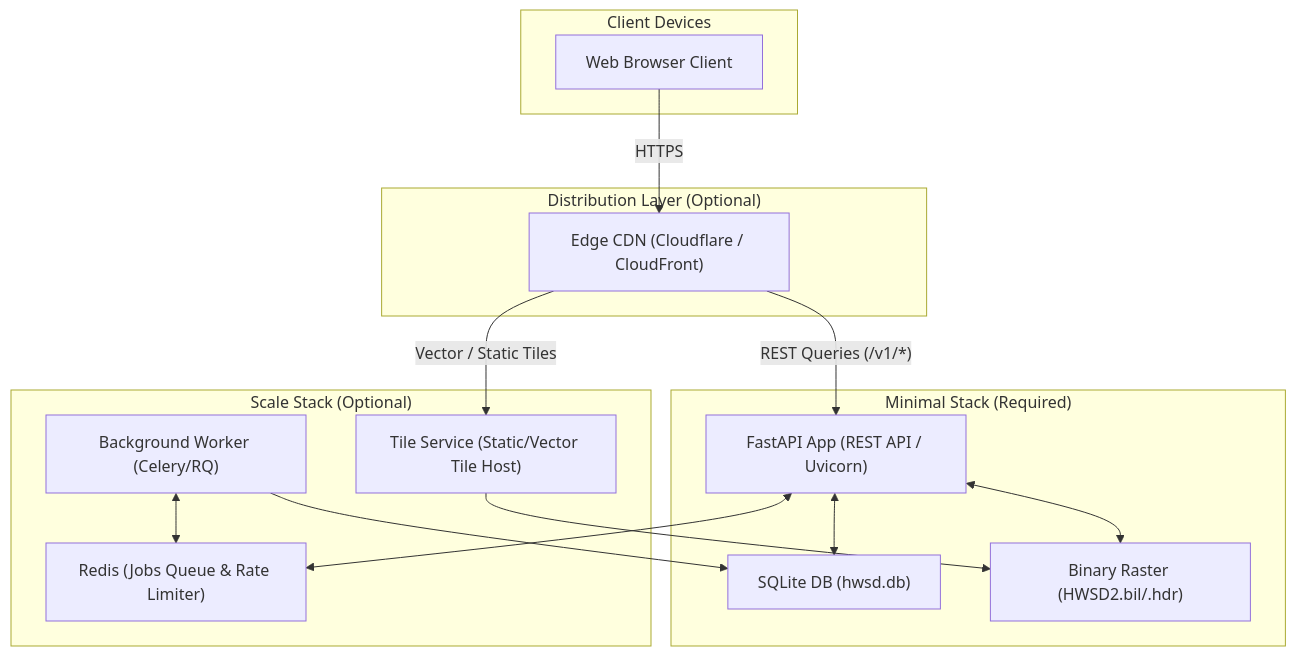
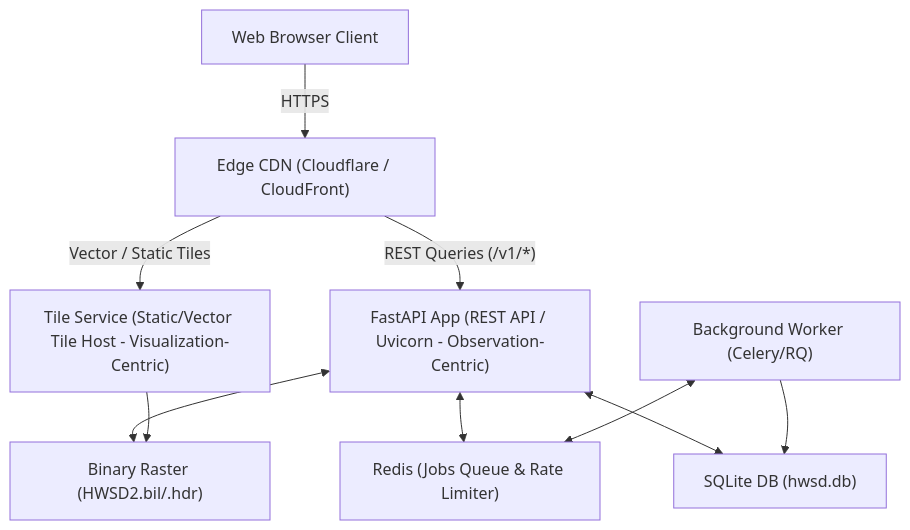
Before and after one commit to IRushee/global-soil-explorer: the third of 5 diagrams in docs/architecture/system-blueprint.md, drawn with Mermaid. The commit also changed other lines of this file, not shown here.

Commit message:
Refine System Blueprint with decoupled query types, dataset manifests, registries, and scientific observation lifecycle sequence

````diff
--- a/docs/architecture/system-blueprint.md
+++ b/docs/architecture/system-blueprint.md
@@ -197,32 +197,21 @@
 ```mermaid
 graph TD
-    subgraph Client ["Client Devices"]
-        Browser["Web Browser Client"]
-    end
-
-    subgraph CDNLayer ["Distribution Layer (Optional)"]
-        CDN["Edge CDN (Cloudflare / CloudFront)"]
-    end
-
-    subgraph Core ["Minimal Stack (Required)"]
-        FastAPI["FastAPI App (REST API / Uvicorn)"]
-        DB["SQLite DB (hwsd.db)"]
-        Raster["Binary Raster (HWSD2.bil/.hdr)"]
-    end
-
-    subgraph ScaleServices ["Scale Stack (Optional)"]
-        TS["Tile Service (Static/Vector Tile Host)"]
-        Worker["Background Worker (Celery/RQ)"]
-        Redis["Redis (Jobs Queue & Rate Limiter)"]
-    end
+    Browser["Web Browser Client"]
+    CDN["Edge CDN (Cloudflare / CloudFront)"]
+    TS["Tile Service (Static/Vector Tile Host - Visualization-Centric)"]
+    FastAPI["FastAPI App (REST API / Uvicorn - Observation-Centric)"]
+    Worker["Background Worker (Celery/RQ)"]
+    Redis["Redis (Jobs Queue & Rate Limiter)"]
+    DB["SQLite DB (hwsd.db)"]
+    Raster["Binary Raster (HWSD2.bil/.hdr)"]
 
     Browser -- "HTTPS" --> CDN
     CDN -- "Vector / Static Tiles" --> TS
     CDN -- "REST Queries (/v1/*)" --> FastAPI
     FastAPI <--> Redis
     Worker <--> Redis
     FastAPI <--> DB
     FastAPI <--> Raster
     Worker --> DB
     TS --> Raster
 ```
````
